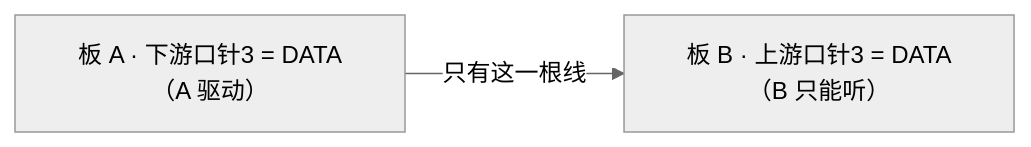
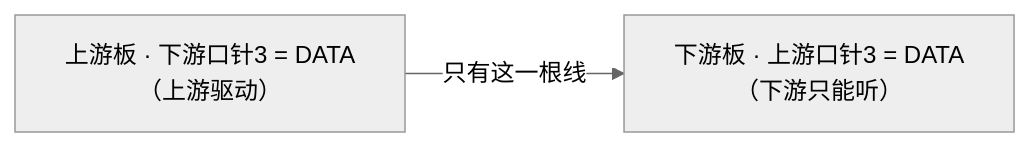
One commit to langhua/AuroraTessellation-NFC changed the second of 3 diagrams in hardware/pixel/connector-plan.md. Above: the diagram before and after it, drawn with Mermaid (neutral theme). The commit also changed other lines of this file and 2 other files, not shown here.

````diff
--- a/hardware/pixel/connector-plan.md
+++ b/hardware/pixel/connector-plan.md
@@ -44,4 +44,4 @@
 ```mermaid
 flowchart LR
-  A3["板 A · 下游口针3 = DATA（A 驱动）"] -->|"只有这一根线"| B3["板 B · 上游口针3 = DATA（B 只能听）"]
+  A3["上游板 · 下游口针3 = DATA（上游驱动）"] -->|"只有这一根线"| B3["下游板 · 上游口针3 = DATA（下游只能听）"]
 ```
````
